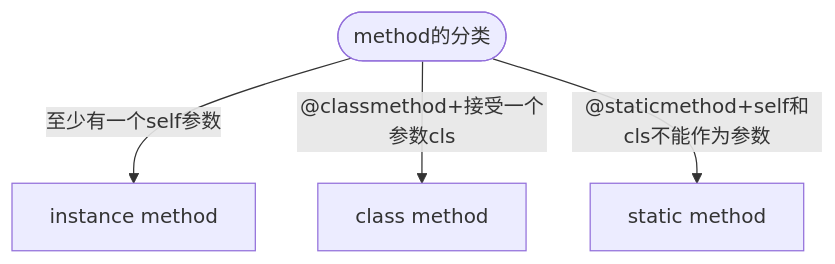
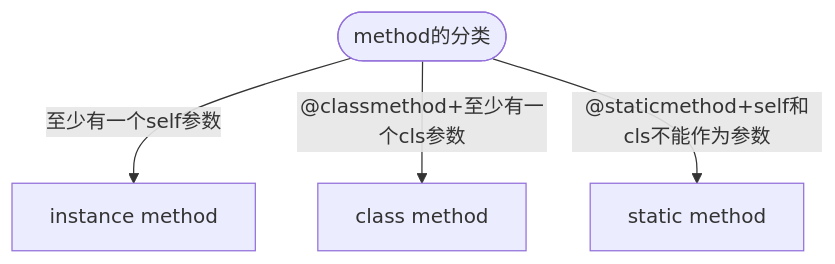
The second of 2 diagrams in Python/Python_6.md (ESJiang/JR-notes), drawn with Mermaid before and after one commit. The commit also changed other lines of this file and 2 other files, not shown here.

````diff
--- a/Python/Python_6.md
+++ b/Python/Python_6.md
@@ -109,6 +114,6 @@
 ```mermaid
 graph TB;
     a(["method的分类"])-->|至少有一个self参数| b["instance method"];
-    a-->|"@classmethod+接受一个参数cls"| c["class method"];
+    a-->|"@classmethod+至少有一个cls参数"| c["class method"];
     a-->|"@staticmethod+self和cls不能作为参数"| d["static method"];
 ```
````
